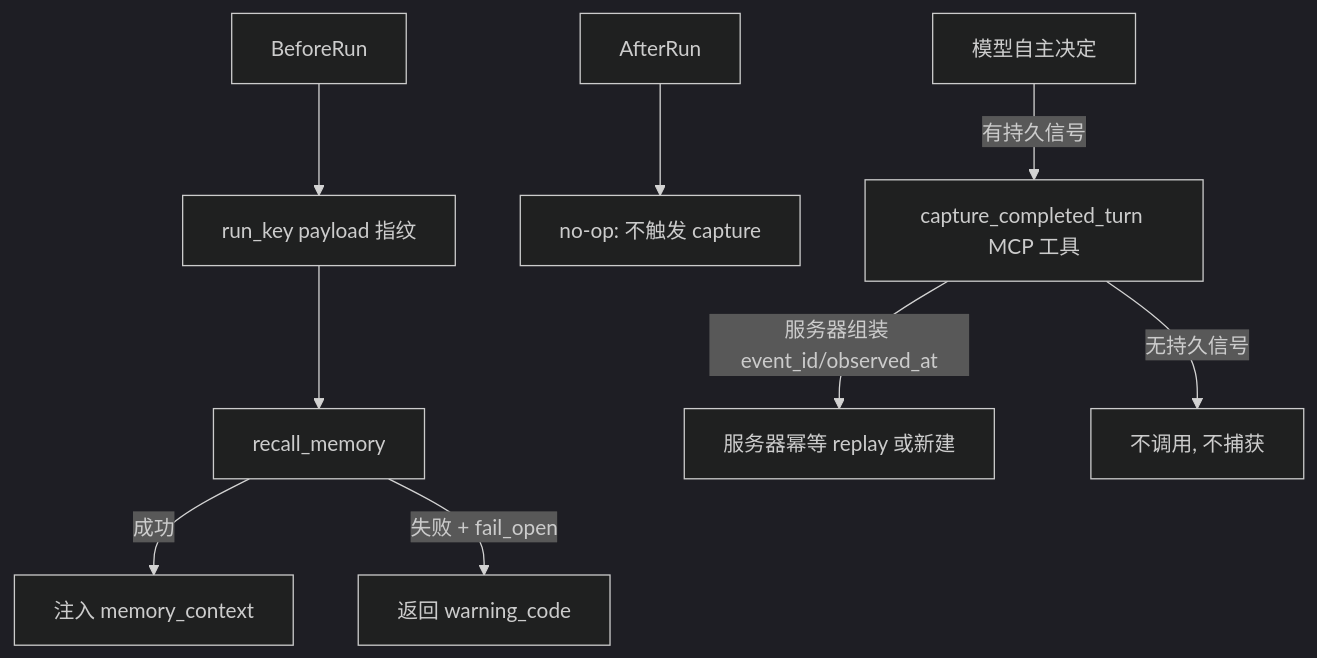
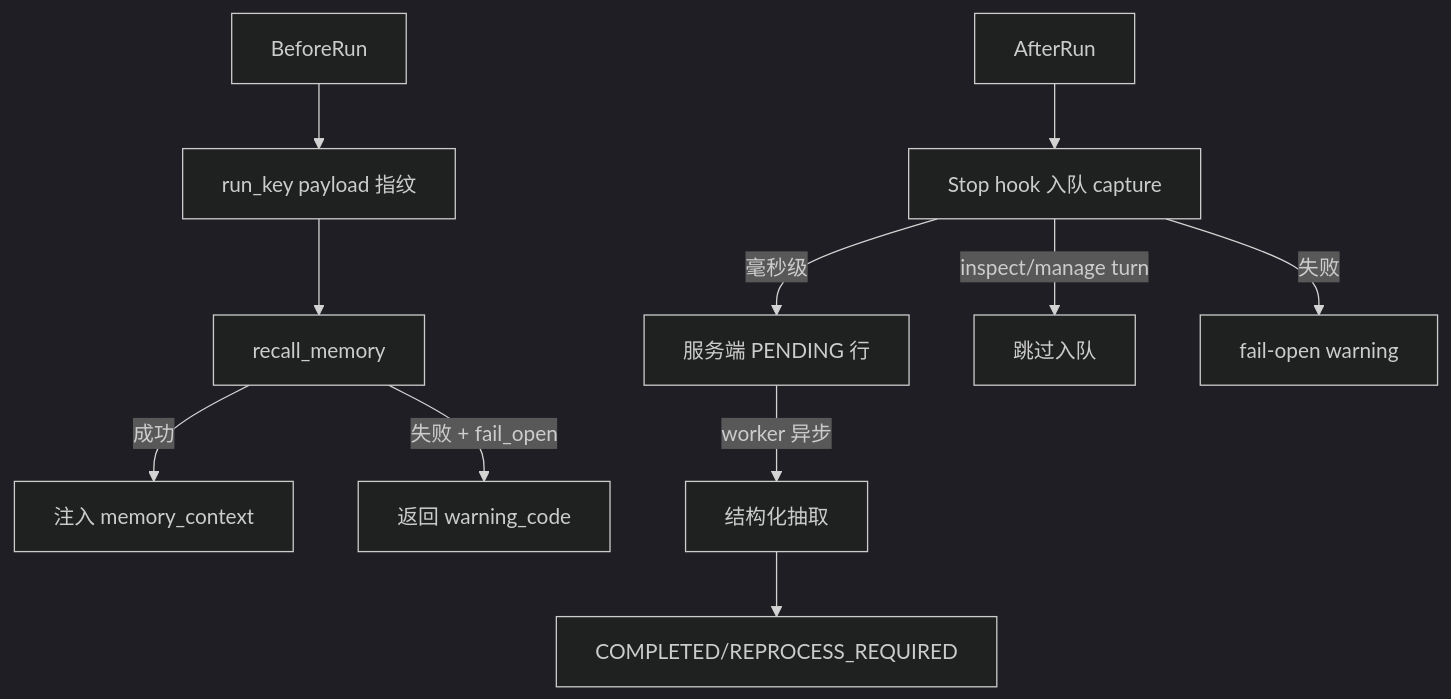
Before and after one commit to dxiaosen/memory-mcp: diagram 11 of 11 in docs/design.md, drawn with Mermaid (dark theme). The commit also changed other lines of this file and 34 other files, not shown here.

````diff
--- a/docs/design.md
+++ b/docs/design.md
@@ -938,11 +938,13 @@
 ```mermaid
 flowchart TD
     BR[BeforeRun] --> FP[run_key payload 指纹]
     FP --> RC[recall_memory]
     RC -->|成功| INJ[注入 memory_context]
     RC -->|失败 + fail_open| WN[返回 warning_code]
-    AR[AfterRun] --> NO[no-op: 不触发 capture]
-    MODEL[模型自主决定] -->|有持久信号| CP[capture_completed_turn MCP 工具]
-    CP -->|服务器组装 event_id/observed_at| RECV[服务器幂等 replay 或新建]
-    CP -->|无持久信号| SKIP[不调用, 不捕获]
+    AR[AfterRun] --> ENQ[Stop hook 入队 capture]
+    ENQ -->|毫秒级| PENDING[服务端 PENDING 行]
+    PENDING -->|worker 异步| EXTRACT[结构化抽取]
+    EXTRACT --> COMPLETED[COMPLETED/REPROCESS_REQUIRED]
+    ENQ -->|inspect/manage turn| SKIP[跳过入队]
+    ENQ -->|失败| FAILOP[fail-open warning]
 ```
````
